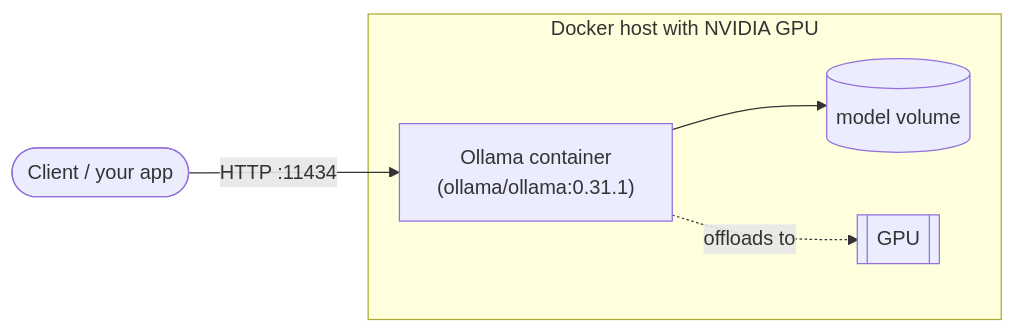
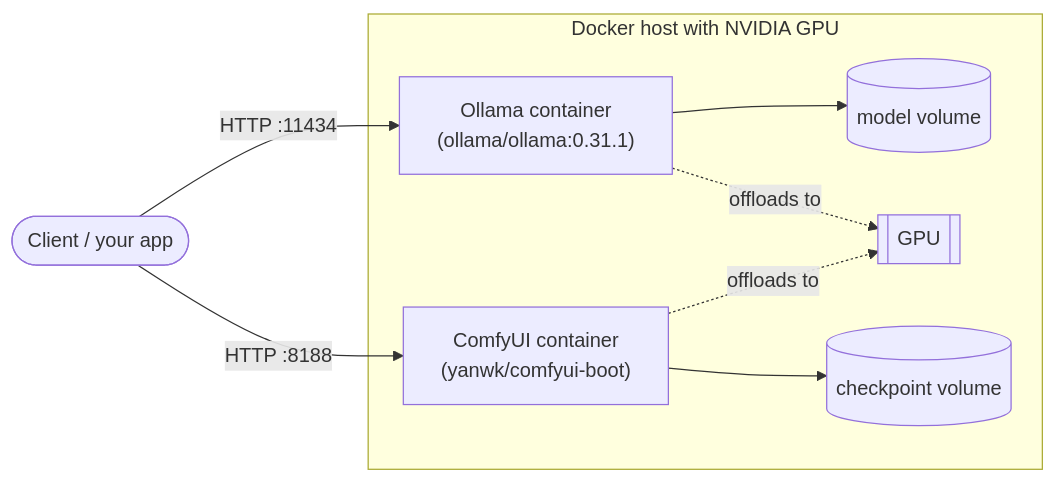
The diagram in README.md (kaerfreki/freki-llm-stack), drawn with Mermaid before and after one commit. The commit also changed other lines of this file, not shown here.

First line of the commit message:
docs: document the ComfyUI image-generation stack

````diff
--- a/README.md
+++ b/README.md
@@ -22,8 +23,11 @@
 ```mermaid
 flowchart LR
     client([Client / your app]) -->|"HTTP :11434"| ollama
+    client -->|"HTTP :8188"| comfyui
     subgraph host["Docker host with NVIDIA GPU"]
-        ollama["Ollama container<br/>(ollama/ollama:0.31.1)"] --> vol[("model volume")]
+        ollama["Ollama container<br/>(ollama/ollama:0.31.1)"] --> ovol[("model volume")]
         ollama -. offloads to .-> gpu[["GPU"]]
+        comfyui["ComfyUI container<br/>(yanwk/comfyui-boot)"] --> cvol[("checkpoint volume")]
+        comfyui -. offloads to .-> gpu
     end
 ```
````
